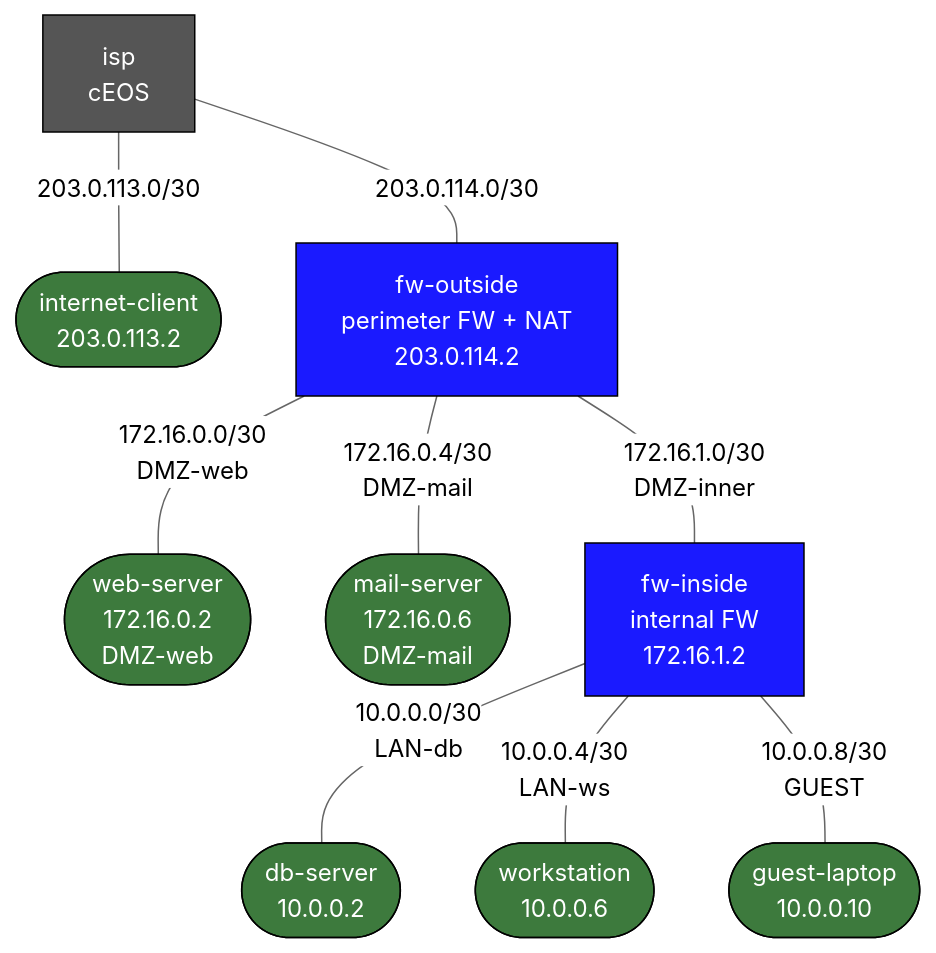
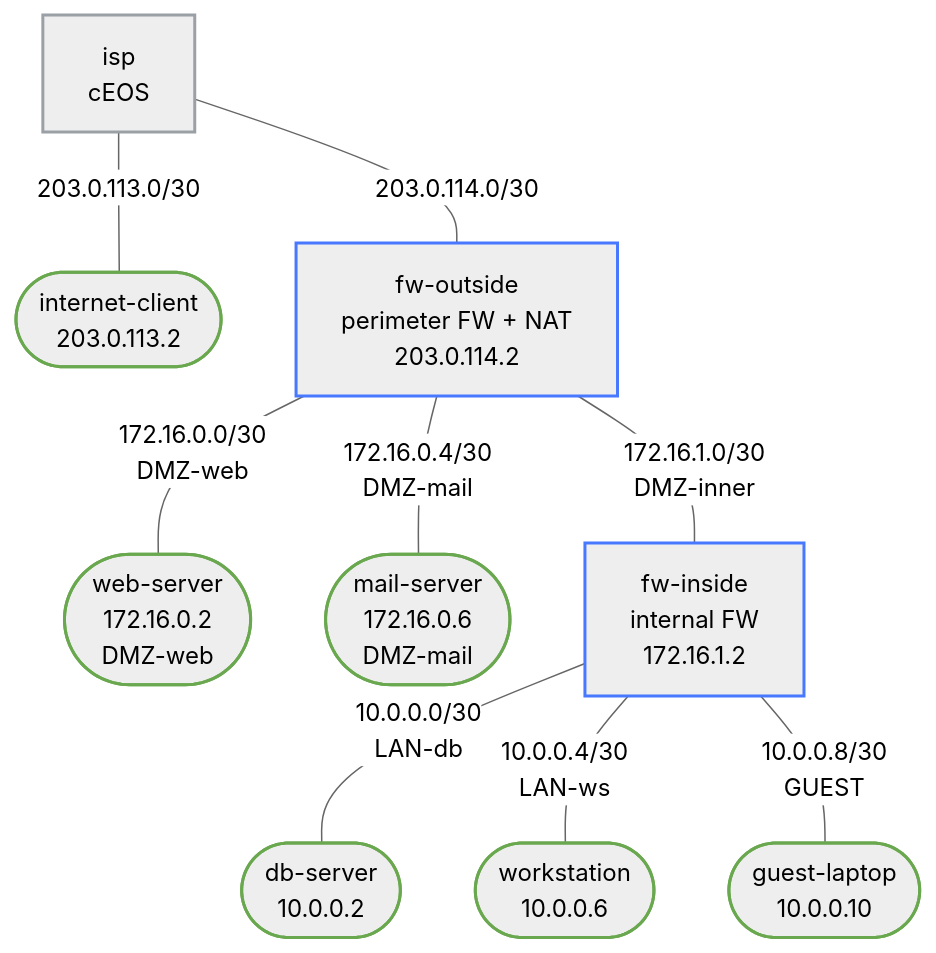
The diagram in labs/enterprise-edge-nat-firewall/README.md (jschless/networkingLabs), drawn with Mermaid (neutral theme) before and after one commit. The commit also changed 250 other files, not shown here.

Commit message:
Fix unreadable topology diagrams, convert ASCII art, publish assessments (#57)

````diff
--- a/labs/enterprise-edge-nat-firewall/README.md
+++ b/labs/enterprise-edge-nat-firewall/README.md
@@ -29,29 +29,29 @@
 ```mermaid
 flowchart TB
-    isp["isp\ncEOS"]
-    iclient(["internet-client\n203.0.113.2"])
-    fwout["fw-outside\nperimeter FW + NAT\n203.0.114.2"]
-    web(["web-server\n172.16.0.2\nDMZ-web"])
-    mail(["mail-server\n172.16.0.6\nDMZ-mail"])
-    fwin["fw-inside\ninternal FW\n172.16.1.2"]
-    db(["db-server\n10.0.0.2"])
-    ws(["workstation\n10.0.0.6"])
-    guest(["guest-laptop\n10.0.0.10"])
+    isp["isp<br/>cEOS"]
+    iclient(["internet-client<br/>203.0.113.2"])
+    fwout["fw-outside<br/>perimeter FW + NAT<br/>203.0.114.2"]
+    web(["web-server<br/>172.16.0.2<br/>DMZ-web"])
+    mail(["mail-server<br/>172.16.0.6<br/>DMZ-mail"])
+    fwin["fw-inside<br/>internal FW<br/>172.16.1.2"]
+    db(["db-server<br/>10.0.0.2"])
+    ws(["workstation<br/>10.0.0.6"])
+    guest(["guest-laptop<br/>10.0.0.10"])
 
     isp -- "203.0.113.0/30" --- iclient
     isp -- "203.0.114.0/30" --- fwout
-    fwout -- "172.16.0.0/30\nDMZ-web" --- web
-    fwout -- "172.16.0.4/30\nDMZ-mail" --- mail
-    fwout -- "172.16.1.0/30\nDMZ-inner" --- fwin
-    fwin -- "10.0.0.0/30\nLAN-db" --- db
-    fwin -- "10.0.0.4/30\nLAN-ws" --- ws
-    fwin -- "10.0.0.8/30\nGUEST" --- guest
+    fwout -- "172.16.0.0/30<br/>DMZ-web" --- web
+    fwout -- "172.16.0.4/30<br/>DMZ-mail" --- mail
+    fwout -- "172.16.1.0/30<br/>DMZ-inner" --- fwin
+    fwin -- "10.0.0.0/30<br/>LAN-db" --- db
+    fwin -- "10.0.0.4/30<br/>LAN-ws" --- ws
+    fwin -- "10.0.0.8/30<br/>GUEST" --- guest
 
-    classDef router fill:#1a1aff,color:#fff,stroke:#000
-    classDef host   fill:#3d7a3d,color:#fff,stroke:#000
-    classDef isp    fill:#555,color:#fff,stroke:#000
+    classDef router stroke:#4778ff,stroke-width:2px
+    classDef host stroke:#6aa84f,stroke-width:2px
+    classDef isp stroke:#9aa0a6,stroke-width:2px
 
     class isp isp
     class fwout,fwin router
     class iclient,web,mail,db,ws,guest host
 ```
````
